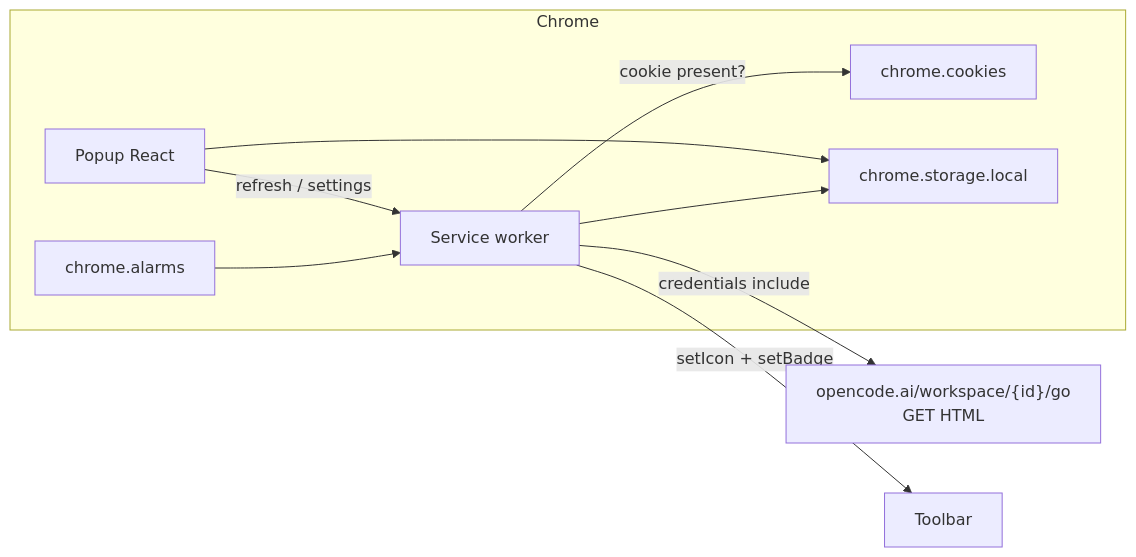
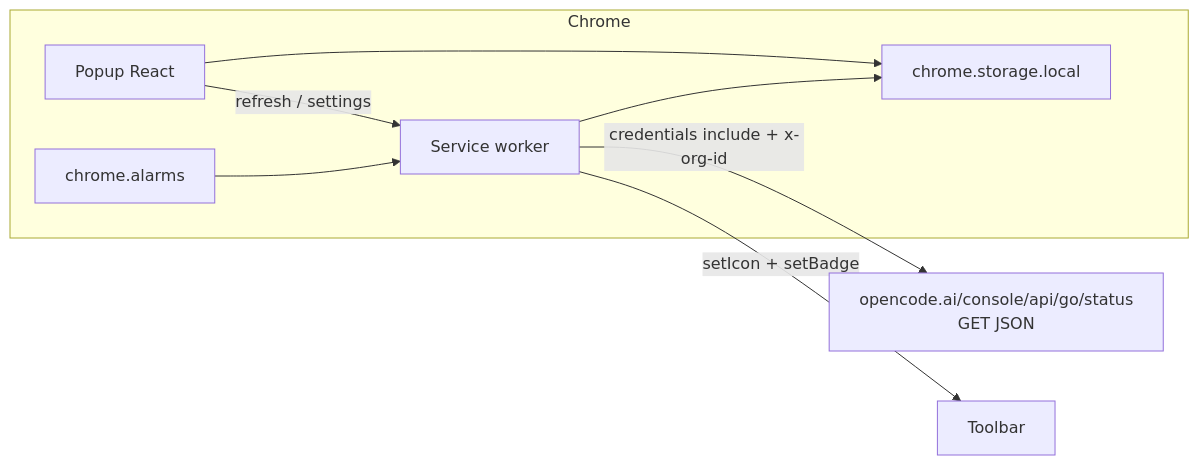
Before and after one commit to B0on/opencodego-pacer: the diagram in docs/architecture.md, drawn with Mermaid. The commit also changed other lines of this file and 17 other files, not shown here.

First line of the commit message:
fix: support OpenCode v2 console status API

````diff
--- a/docs/architecture.md
+++ b/docs/architecture.md
@@ -19,18 +19,16 @@
 ```mermaid
 flowchart LR
   subgraph chrome [Chrome]
     SW[Service worker]
     Popup[Popup React]
     Alarm[chrome.alarms]
-    Cookies[chrome.cookies]
     Store[chrome.storage.local]
   end
-  OpenCode["opencode.ai/workspace/{id}/go\nGET HTML"]
+  OpenCode["opencode.ai/console/api/go/status\nGET JSON"]
   Alarm --> SW
   Popup -->|refresh / settings| SW
-  SW -->|cookie present?| Cookies
-  SW -->|credentials include| OpenCode
+  SW -->|credentials include + x-org-id| OpenCode
   SW --> Store
   Popup --> Store
   SW -->|setIcon + setBadge| Toolbar[Toolbar]
 ```
````
